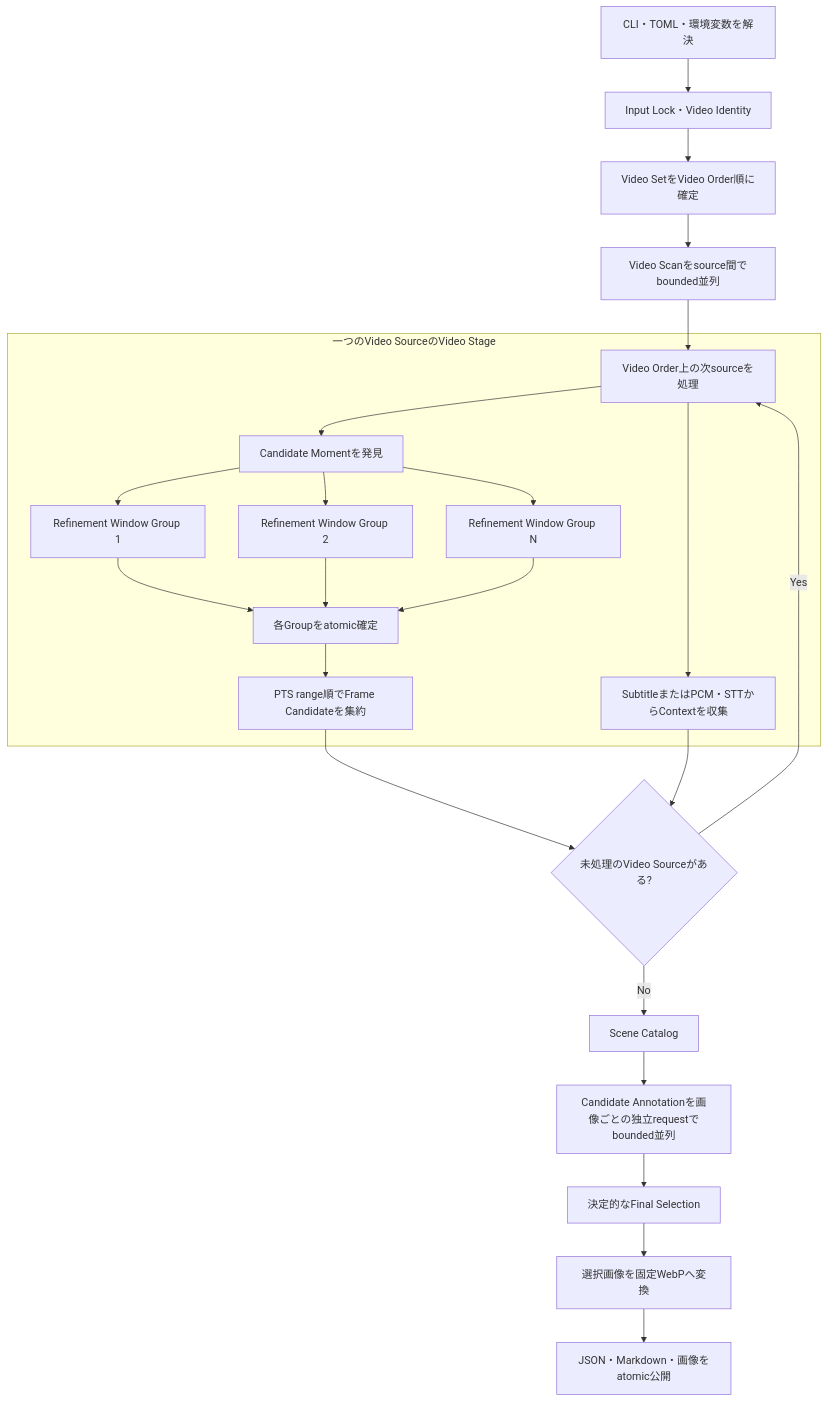
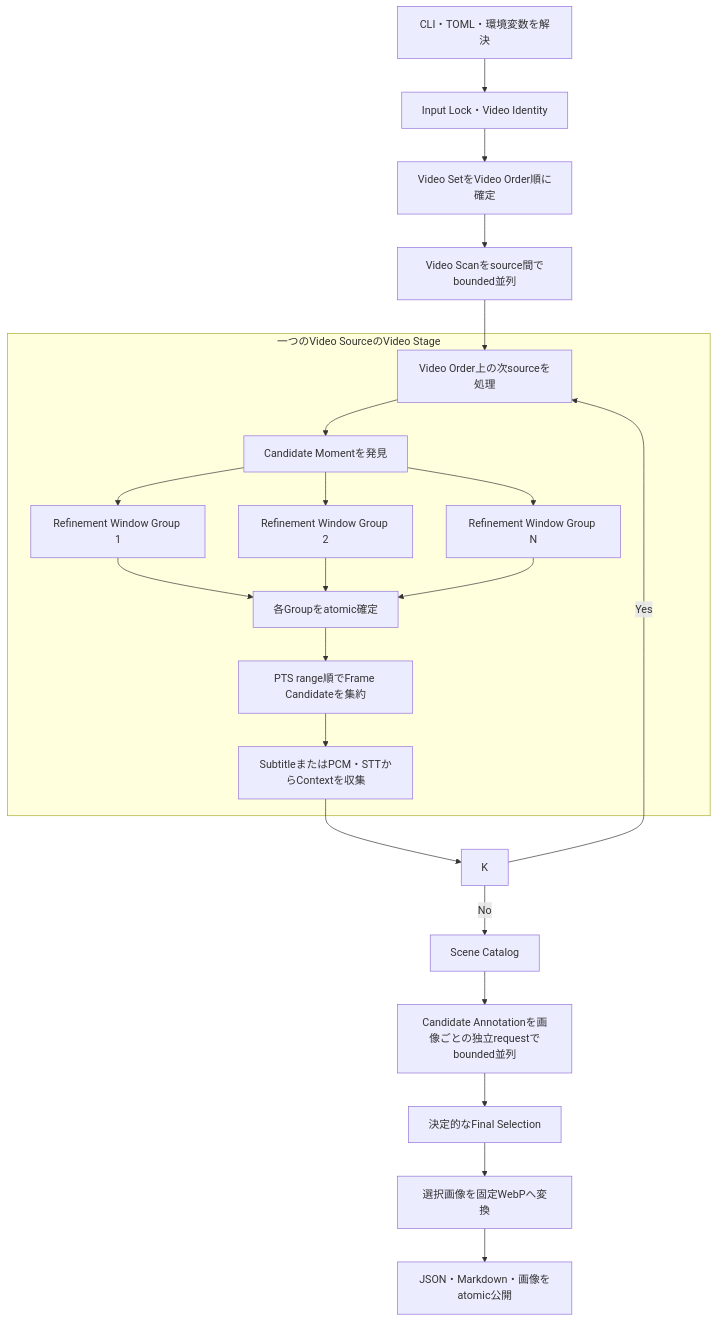
Before and after one commit to mizucopo/game-screen-pick: the diagram in docs/processing-flow.md, drawn with Mermaid. The commit also changed other lines of this file and 16 other files, not shown here.

````diff
--- a/docs/processing-flow.md
+++ b/docs/processing-flow.md
@@ -7,28 +7,27 @@
 ```mermaid
 flowchart TD
     A[CLI・TOML・環境変数を解決] --> B[Input Lock・Video Identity]
     B --> C[Video SetをVideo Order順に確定]
     C --> D[Video Scanをsource間でbounded並列]
     D --> E[Video Order上の次sourceを処理]
 
     subgraph VS[一つのVideo SourceのVideo Stage]
         E --> F[Candidate Momentを発見]
         F --> G1[Refinement Window Group 1]
         F --> G2[Refinement Window Group 2]
         F --> GN[Refinement Window Group N]
         G1 --> H[各Groupをatomic確定]
         G2 --> H
         GN --> H
         H --> I[PTS range順でFrame Candidateを集約]
-        E --> J[SubtitleまたはPCM・STTからContextを収集]
+        I --> J[SubtitleまたはPCM・STTからContextを収集]
     end
 
-    I --> K{未処理のVideo Sourceがある?}
     J --> K
     K -- Yes --> E
     K -- No --> L[Scene Catalog]
     L --> M[Candidate Annotationを画像ごとの独立requestでbounded並列]
     M --> N[決定的なFinal Selection]
     N --> O[選択画像を固定WebPへ変換]
     O --> P[JSON・Markdown・画像をatomic公開]
 ```
````
